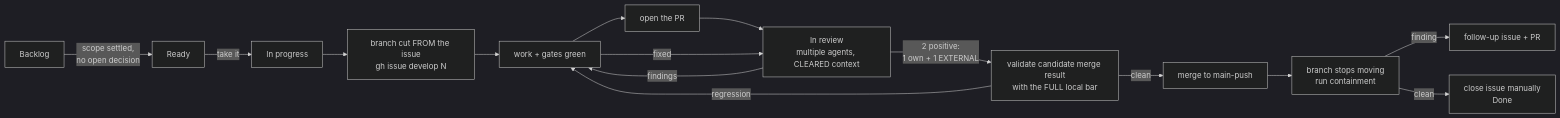
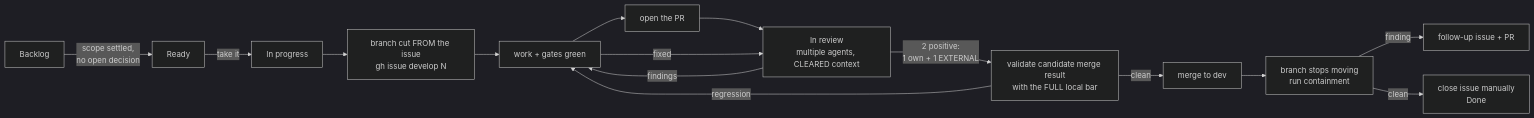
One commit to kebag-logic/milan-fpga changed the diagram in CONTRIBUTING.md. Above: the diagram before and after it, drawn with Mermaid (dark theme). The commit also changed other lines of this file and 1 other file, not shown here.

Commit message:
Adopt dev development branch

````diff
--- a/CONTRIBUTING.md
+++ b/CONTRIBUTING.md
@@ -41,17 +41,17 @@
 ```mermaid
 flowchart LR
     B[Backlog] -->|scope settled,<br/>no open decision| R[Ready]
     R -->|take it| P[In progress]
     P --> BR[branch cut FROM the issue<br/>gh issue develop N]
     BR --> W[work + gates green]
     W --> PR[open the PR]
     PR --> RV[In review<br/>multiple agents, CLEARED context]
     RV -->|findings| W
     W -->|fixed| RV
     RV -->|2 positive:<br/>1 own + 1 EXTERNAL| G[validate candidate merge result<br/>with the FULL local bar]
     G -->|regression| W
-    G -->|clean| M[merge to main-push]
+    G -->|clean| M[merge to dev]
     M --> C[branch stops moving<br/>run containment]
     C -->|finding| F[follow-up issue + PR]
     C -->|clean| D[close issue manually<br/>Done]
 ```
````
